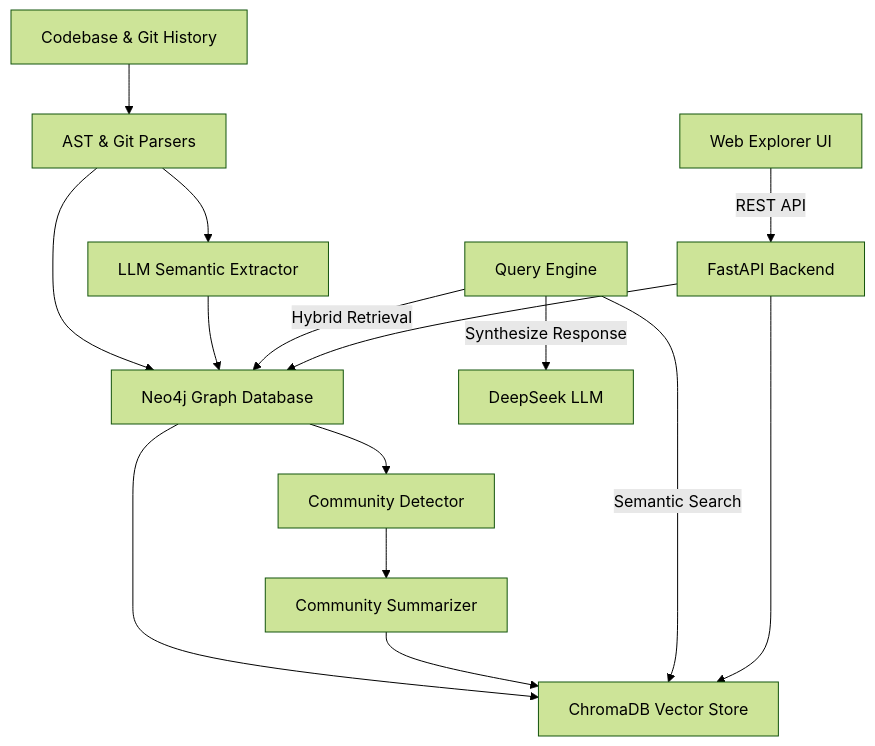
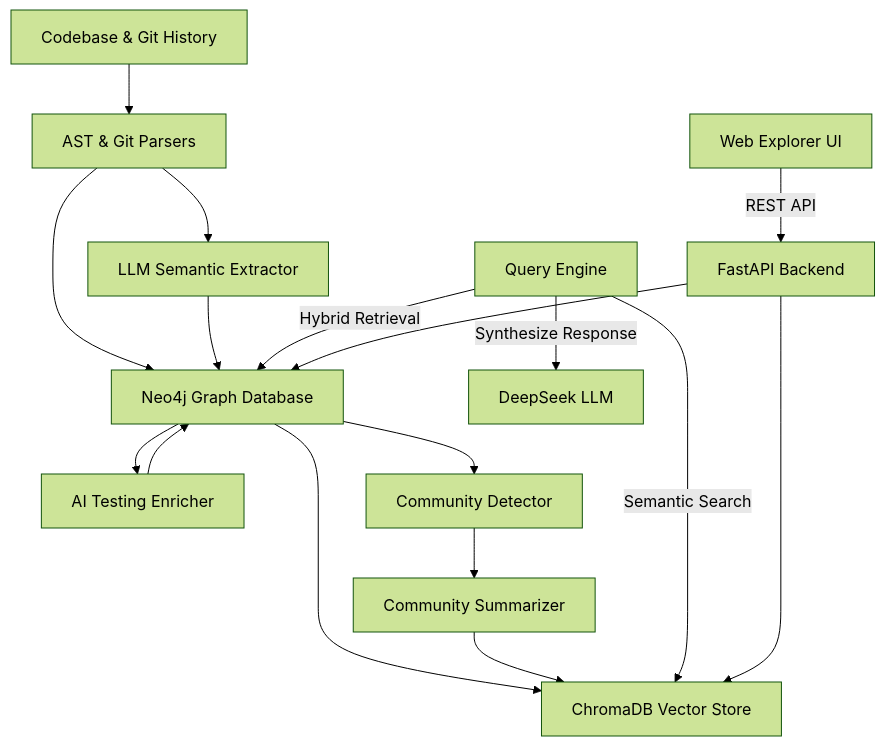
The diagram in architecture.md (anhluong447/GraphDB-Initialize), drawn with Mermaid (forest theme) before and after one commit. The commit also changed other lines of this file, not shown here.

Commit message:
docs: update architecture.md to reflect rich testing metadata extraction and 9-step pipeline

````diff
--- a/architecture.md
+++ b/architecture.md
@@ -11,19 +11,23 @@
 ```mermaid
 graph TD
     A[Codebase & Git History] --> B[AST & Git Parsers]
     B --> C[Neo4j Graph Database]
     B --> D[LLM Semantic Extractor]
     D --> C
-    C --> E[Community Detector]
-    C --> F[ChromaDB Vector Store]
-    E --> G[Community Summarizer]
-    G --> F
     
-    H[Query Engine] -->|Hybrid Retrieval| C
-    H -->|Semantic Search| F
-    H -->|Synthesize Response| I[DeepSeek LLM]
+    C --> E[AI Testing Enricher]
+    E --> C
     
-    J[Web Explorer UI] -->|REST API| K[FastAPI Backend]
-    K --> C
-    K --> F
+    C --> F[Community Detector]
+    C --> G[ChromaDB Vector Store]
+    F --> H[Community Summarizer]
+    H --> G
+    
+    I[Query Engine] -->|Hybrid Retrieval| C
+    I -->|Semantic Search| G
+    I -->|Synthesize Response| J[DeepSeek LLM]
+    
+    K[Web Explorer UI] -->|REST API| L[FastAPI Backend]
+    L --> C
+    L --> G
 ```
````
